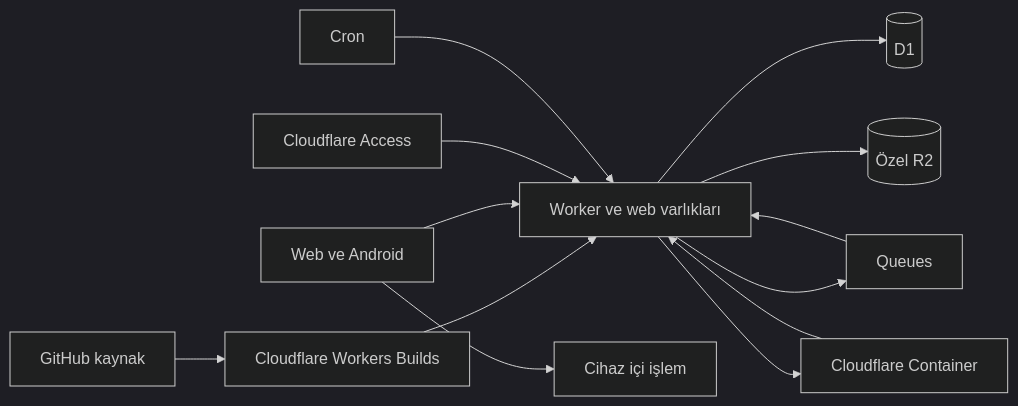
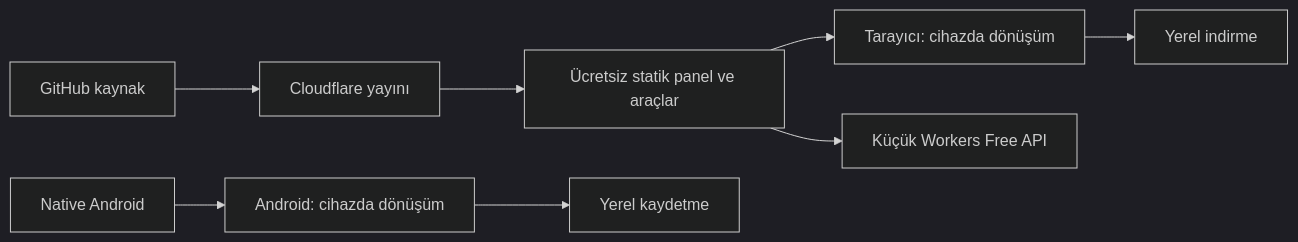
Before and after one commit to mucaeksi/converter-mce: the diagram in docs/CLOUDFLARE.tr.md, drawn with Mermaid (dark theme). The commit also changed other lines of this file and 33 other files, not shown here.

````diff
--- a/docs/CLOUDFLARE.tr.md
+++ b/docs/CLOUDFLARE.tr.md
@@ -21,15 +19,10 @@
 ```mermaid
 flowchart LR
-  G[GitHub kaynak] --> B[Cloudflare Workers Builds]
-  B --> W[Worker ve web varlıkları]
-  U[Web ve Android] --> W
-  U --> L[Cihaz içi işlem]
-  A[Cloudflare Access] --> W
-  W --> D[(D1)]
-  W --> R[(Özel R2)]
-  W --> Q[Queues]
-  Q --> W
-  W --> C[Cloudflare Container]
-  C --> W
-  T[Cron] --> W
+  G[GitHub kaynak] --> B[Cloudflare yayını]
+  B --> S[Ücretsiz statik panel ve araçlar]
+  S --> U[Tarayıcı: cihazda dönüşüm]
+  A[Native Android] --> L[Android: cihazda dönüşüm]
+  S --> W[Küçük Workers Free API]
+  U --> D[Yerel indirme]
+  L --> K[Yerel kaydetme]
 ```
````
